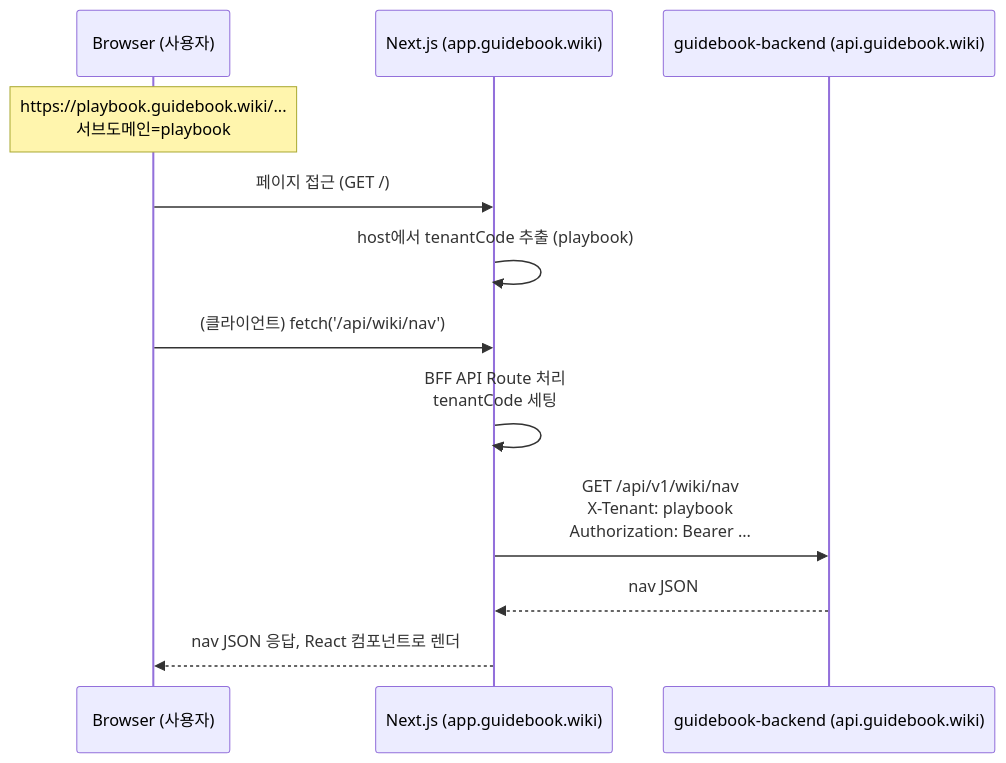
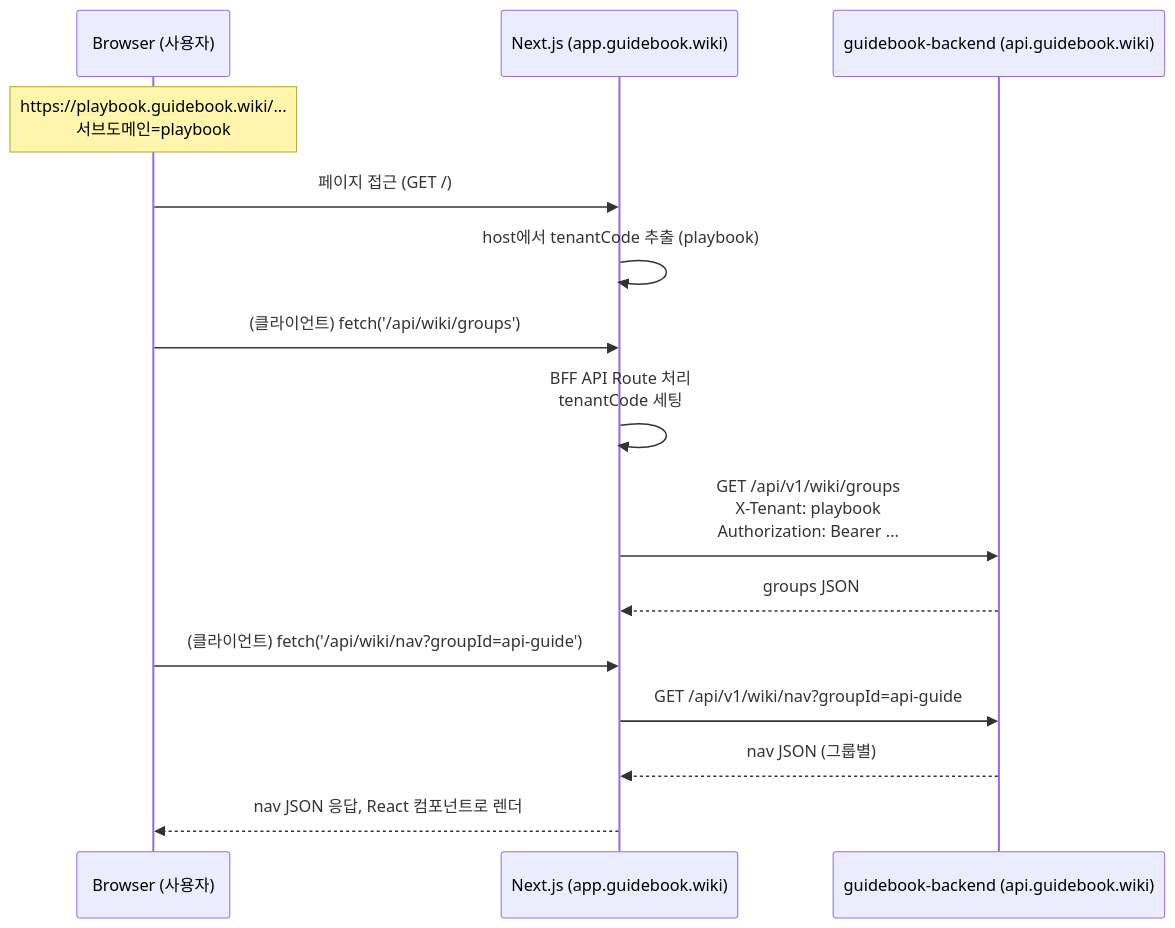
Before and after one commit to xhdtn8070/guidebook-wiki-planning: the diagram in guidebook-wiki-frontend-planning-nextjs.md, drawn with Mermaid. The commit also changed other lines of this file and 6 other files, not shown here.

Commit message:
Add document group switching across wiki navigation

````diff
--- a/guidebook-wiki-frontend-planning-nextjs.md
+++ b/guidebook-wiki-frontend-planning-nextjs.md
@@ -26,17 +26,20 @@
 ```mermaid
 sequenceDiagram
     participant U as Browser (사용자)
     participant FE as Next.js (app.guidebook.wiki)
     participant BE as guidebook-backend (api.guidebook.wiki)
 
     Note over U: https://playbook.guidebook.wiki/...<br/>서브도메인=playbook
     U->>FE: 페이지 접근 (GET /)
     FE->>FE: host에서 tenantCode 추출 (playbook)
 
-    U->>FE: (클라이언트) fetch('/api/wiki/nav')
+    U->>FE: (클라이언트) fetch('/api/wiki/groups')
     FE->>FE: BFF API Route 처리<br/>tenantCode 세팅
-    FE->>BE: GET /api/v1/wiki/nav<br/>X-Tenant: playbook<br/>Authorization: Bearer ...
-    BE-->>FE: nav JSON
+    FE->>BE: GET /api/v1/wiki/groups<br/>X-Tenant: playbook<br/>Authorization: Bearer ...
+    BE-->>FE: groups JSON
+    U->>FE: (클라이언트) fetch('/api/wiki/nav?groupId=api-guide')
+    FE->>BE: GET /api/v1/wiki/nav?groupId=api-guide
+    BE-->>FE: nav JSON (그룹별)
     FE-->>U: nav JSON 응답, React 컴포넌트로 렌더
 
 ```
````
